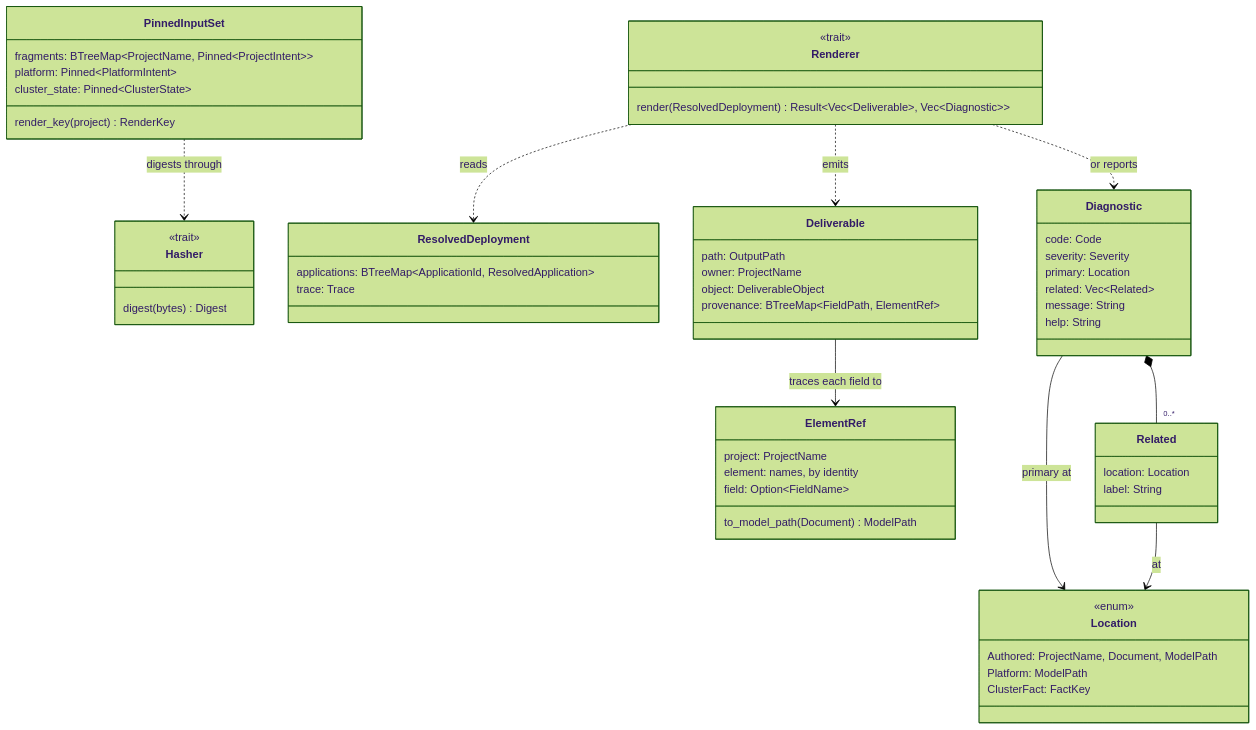
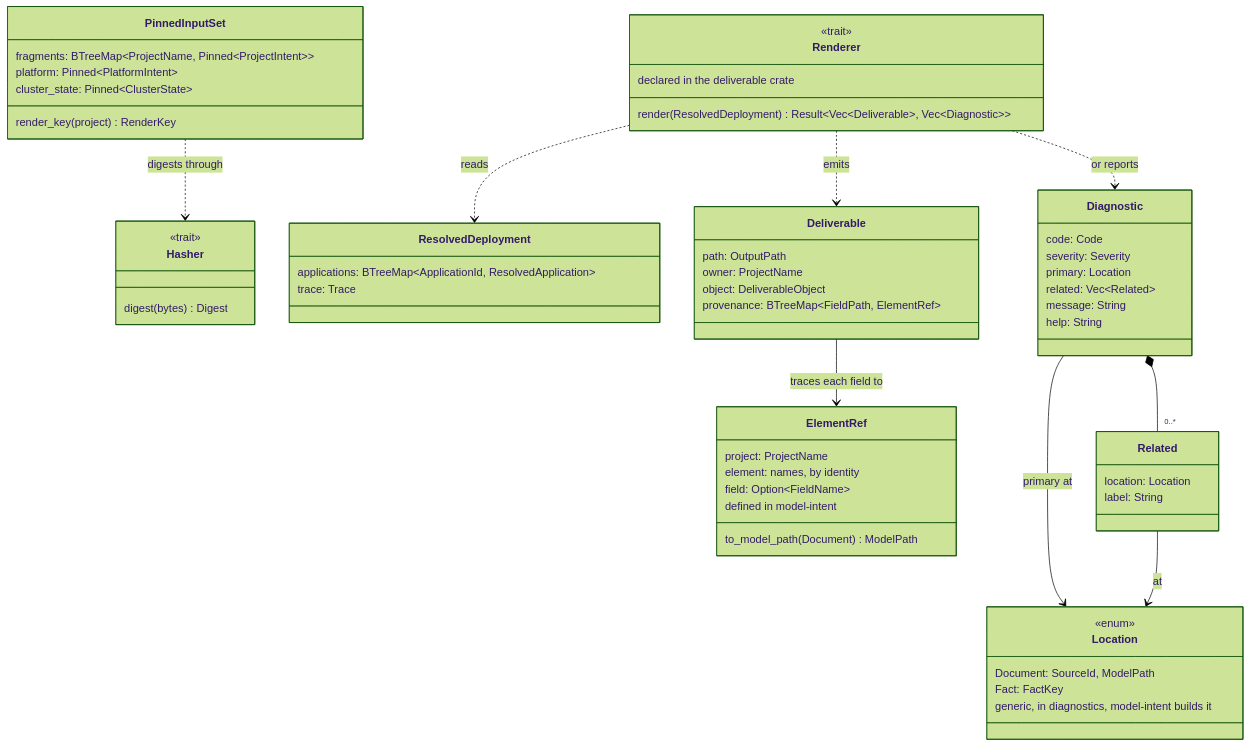
Before and after one commit to JorisJonkers-dev/estate-kit: the diagram in docs/diagrams/raw/rust-pipeline-types.mmd, drawn with Mermaid (forest theme). The commit also changed 45 other files, not shown here.

```diff
--- a/docs/diagrams/raw/rust-pipeline-types.mmd
+++ b/docs/diagrams/raw/rust-pipeline-types.mmd
@@ -1,65 +1,67 @@
 %% title: Rust: the types that cross the pipeline's seams
 classDiagram
     direction TB
     class PinnedInputSet {
         fragments: BTreeMap#lt;ProjectName, Pinned#lt;ProjectIntent#gt;#gt;
         platform: Pinned#lt;PlatformIntent#gt;
         cluster_state: Pinned#lt;ClusterState#gt;
         render_key(project) RenderKey
     }
     class Hasher {
         <<trait>>
         digest(bytes) Digest
     }
     class ResolvedDeployment {
         applications: BTreeMap#lt;ApplicationId, ResolvedApplication#gt;
         trace: Trace
     }
     class Renderer {
         <<trait>>
         render(ResolvedDeployment) Result#lt;Vec#lt;Deliverable#gt;, Vec#lt;Diagnostic#gt;#gt;
+        declared in the deliverable crate
     }
     class Deliverable {
         path: OutputPath
         owner: ProjectName
         object: DeliverableObject
         provenance: BTreeMap#lt;FieldPath, ElementRef#gt;
     }
     class Diagnostic {
         code: Code
         severity: Severity
         primary: Location
         related: Vec#lt;Related#gt;
         message: String
         help: String
     }
     class Location {
         <<enum>>
-        Authored: ProjectName, Document, ModelPath
-        Platform: ModelPath
-        ClusterFact: FactKey
+        Document: SourceId, ModelPath
+        Fact: FactKey
+        generic, in diagnostics, model-intent builds it
     }
     class Related {
         location: Location
         label: String
     }
     class ElementRef {
         project: ProjectName
         element: names, by identity
         field: Option#lt;FieldName#gt;
         to_model_path(Document) ModelPath
+        defined in model-intent
     }
     PinnedInputSet ..> Hasher : digests through
     Renderer ..> ResolvedDeployment : reads
     Renderer ..> Deliverable : emits
     Renderer ..> Diagnostic : or reports
     Diagnostic --> Location : primary at
     Diagnostic *-- "0..*" Related
     Related --> Location : at
     Deliverable --> ElementRef : traces each field to
     classDef accent fill:#0000a1,stroke:#0000b1
     classDef data fill:#0000a2,stroke:#0000b2
     class Hasher:::accent
     class Renderer:::accent
     class ElementRef:::data
     class Location:::data
```
